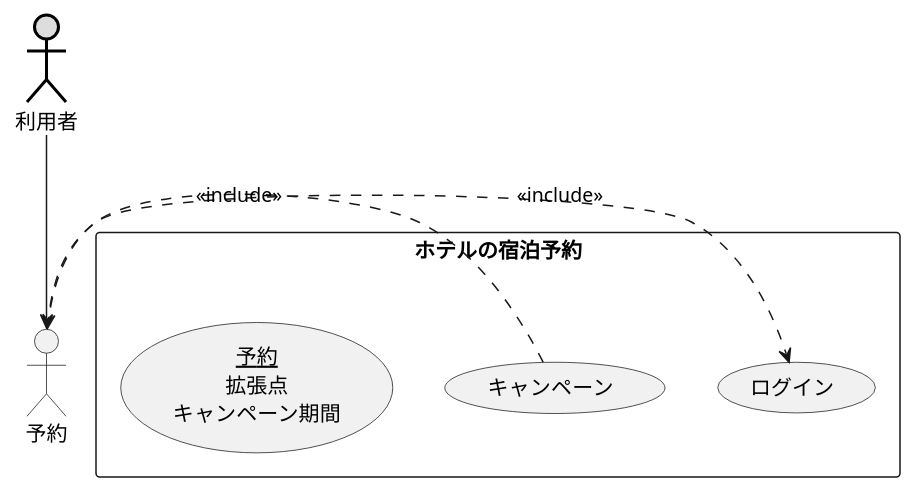
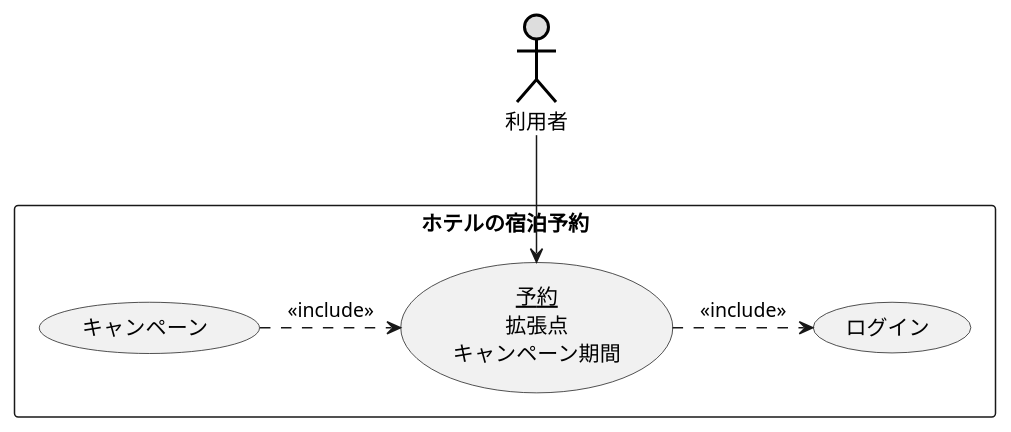
The diagram in 演習2-4_キャンペーン中のホテル宿泊予約.pu (satou1024/linux), drawn with PlantUML before and after one commit.

Commit message:
できてくれ

```diff
--- a/演習2-4_キャンペーン中のホテル宿泊予約.pu
+++ b/演習2-4_キャンペーン中のホテル宿泊予約.pu
@@ -1,13 +1,13 @@
 @startuml ユースケース図
 ' left to right direction
 actor 利用者#DDDDDD;line:black;line.bold;
 rectangle ホテルの宿泊予約 {
 usecase (<u>予約</u>\n拡張点\nキャンペーン期間) as input
 usecase ログイン
 usecase キャンペーン
 }
-利用者 --> 予約
-予約 .> ログイン : << include >>
-キャンペーン .> 予約 : <<include>>
+利用者 --> input
+input .> ログイン : << include >>
+キャンペーン .> input : <<include>>
 
 @enduml
```
